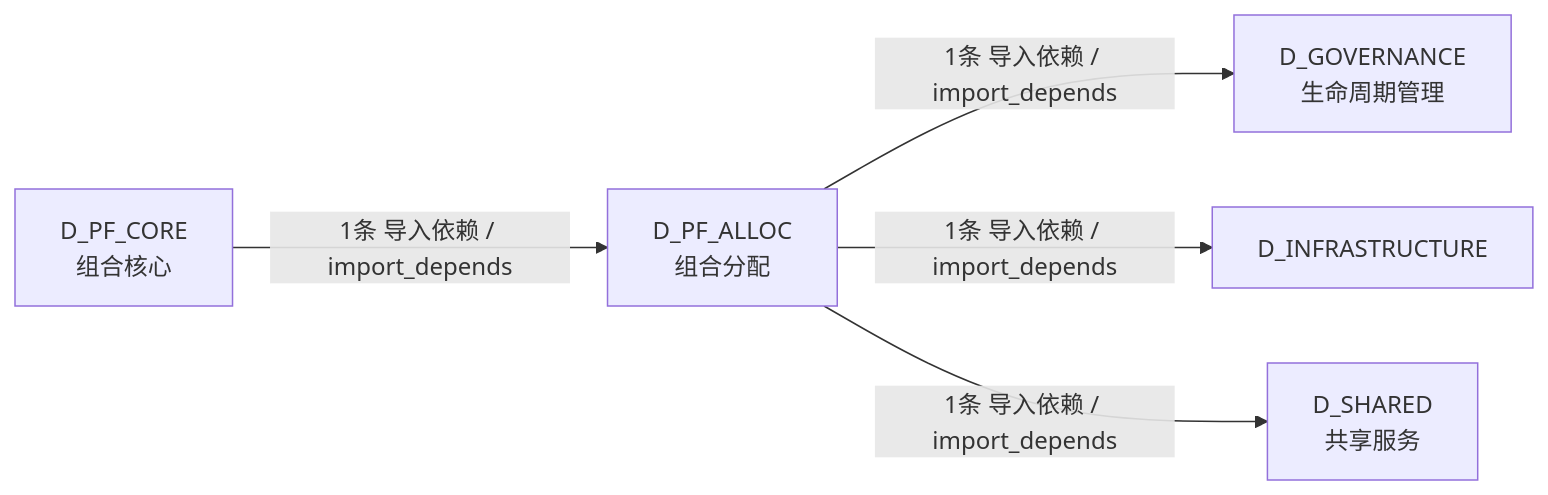
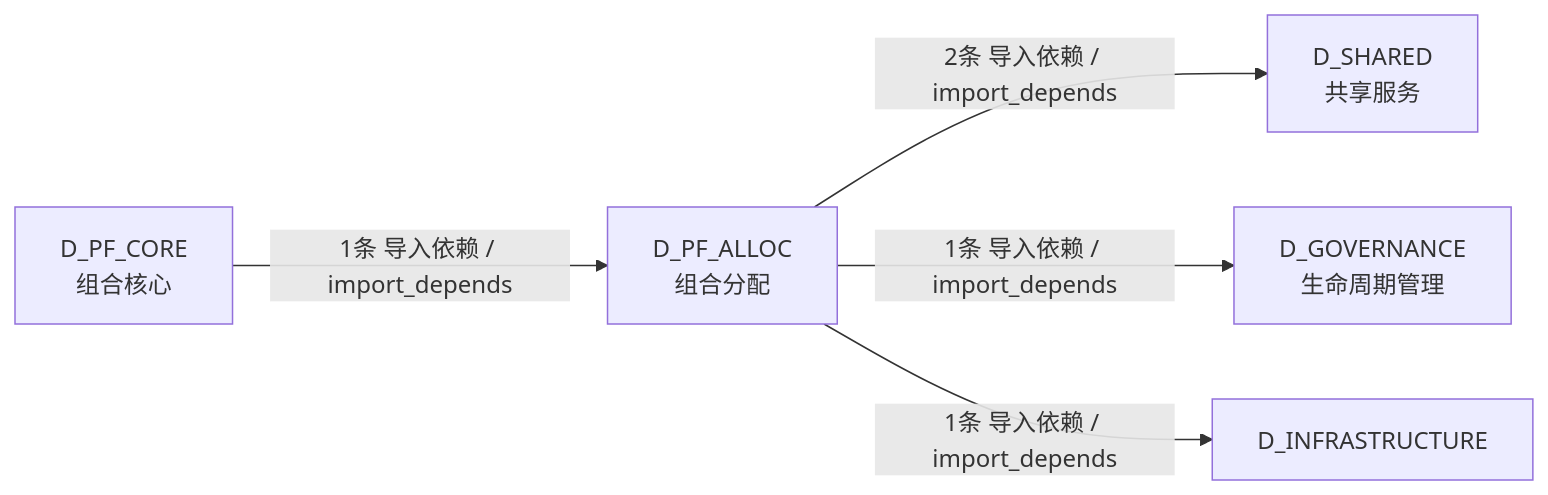
Before and after one commit to xuanFelixVan/ZephyrAlpha: the fifth of 5 diagrams in docs/02_enterprise_architecture/02_domain_architecture_docs/51_d_pf_alloc.md, drawn with Mermaid. The commit also changed other lines of this file and 126 other files, not shown here.

````diff
--- a/docs/02_enterprise_architecture/02_domain_architecture_docs/51_d_pf_alloc.md
+++ b/docs/02_enterprise_architecture/02_domain_architecture_docs/51_d_pf_alloc.md
@@ -185,12 +195,12 @@
 ```mermaid
 graph LR
     D_PF_ALLOC["D_PF_ALLOC<br/>组合分配"]
+    D_SHARED["D_SHARED<br/>共享服务"]
     D_GOVERNANCE["D_GOVERNANCE<br/>生命周期管理"]
     D_INFRASTRUCTURE["D_INFRASTRUCTURE"]
-    D_SHARED["D_SHARED<br/>共享服务"]
     D_PF_CORE["D_PF_CORE<br/>组合核心"]
+    D_PF_ALLOC -->|2条 导入依赖 / import_depends| D_SHARED
     D_PF_ALLOC -->|1条 导入依赖 / import_depends| D_GOVERNANCE
     D_PF_ALLOC -->|1条 导入依赖 / import_depends| D_INFRASTRUCTURE
-    D_PF_ALLOC -->|1条 导入依赖 / import_depends| D_SHARED
     D_PF_CORE -->|1条 导入依赖 / import_depends| D_PF_ALLOC
 ```
````
